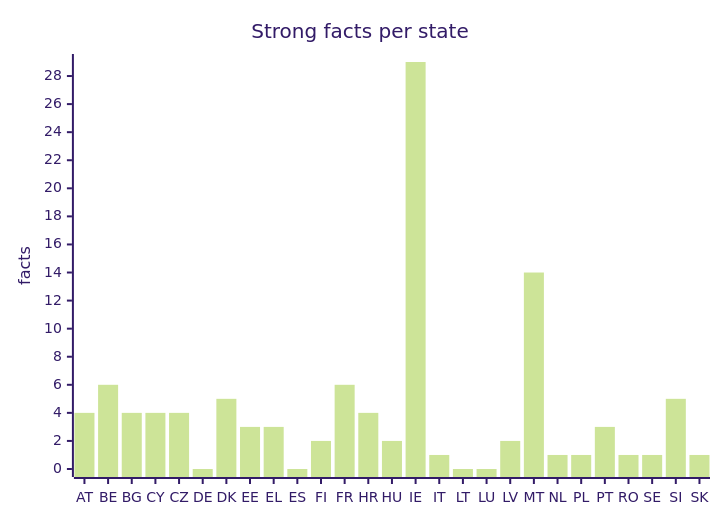
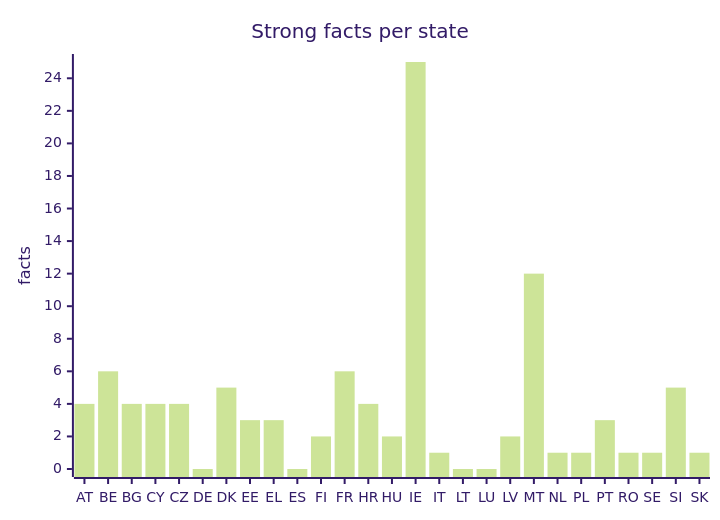
The fifth of 5 diagrams in docs/evidence.md (EU27-data-sovereignty/eu27-data-sovereignty), drawn with Mermaid (forest theme) before and after one commit. The commit also changed other lines of this file and 124 other files, not shown here.

````diff
--- a/docs/evidence.md
+++ b/docs/evidence.md
@@ -93,7 +93,7 @@
 ```mermaid
 xychart-beta
   title "Strong facts per state"
   x-axis [AT, BE, BG, CY, CZ, DE, DK, EE, EL, ES, FI, FR, HR, HU, IE, IT, LT, LU, LV, MT, NL, PL, PT, RO, SE, SI, SK]
-  y-axis "facts" 0 --> 29
-  bar [4, 6, 4, 4, 4, 0, 5, 3, 3, 0, 2, 6, 4, 2, 29, 1, 0, 0, 2, 14, 1, 1, 3, 1, 1, 5, 1]
+  y-axis "facts" 0 --> 25
+  bar [4, 6, 4, 4, 4, 0, 5, 3, 3, 0, 2, 6, 4, 2, 25, 1, 0, 0, 2, 12, 1, 1, 3, 1, 1, 5, 1]
 ```
````
